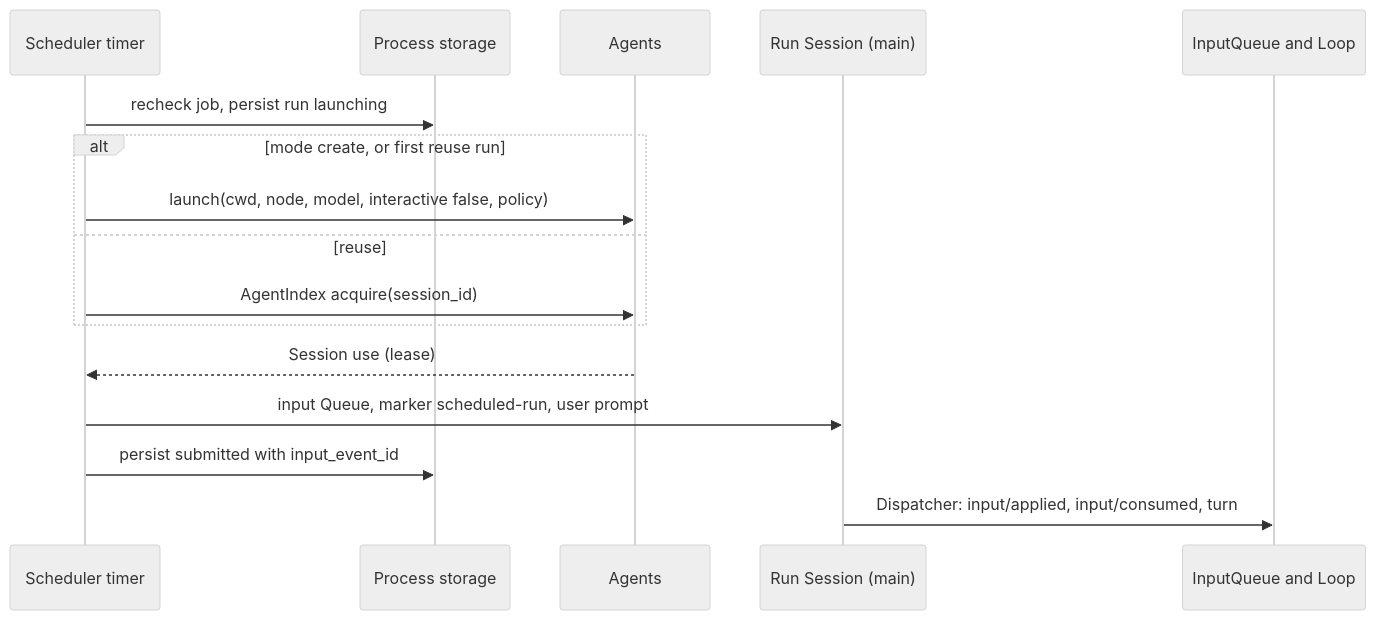
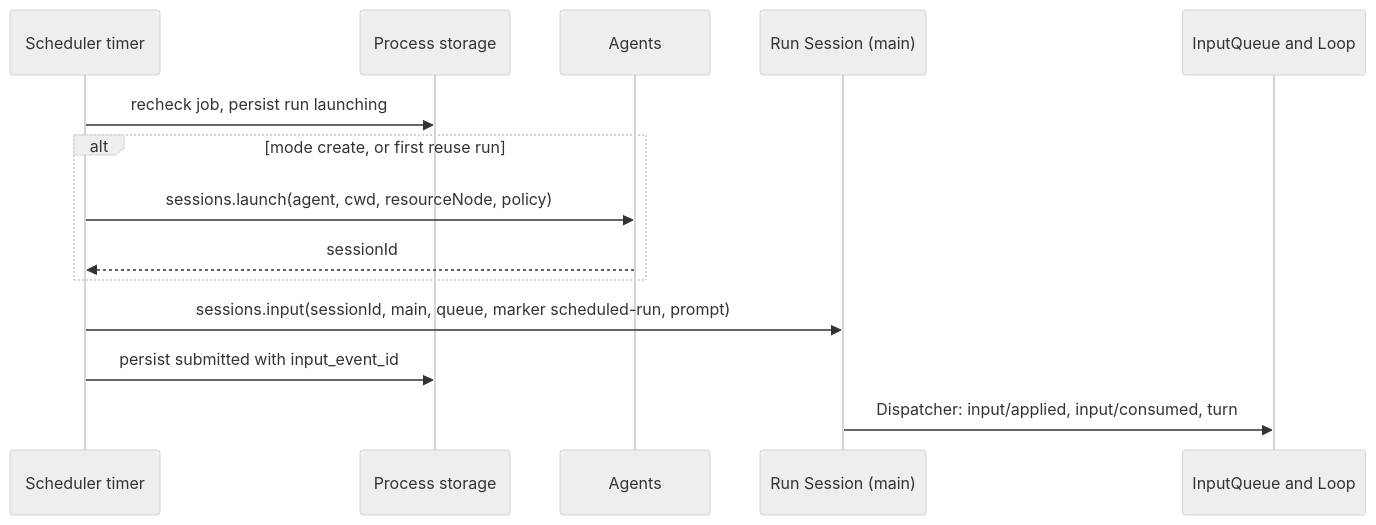
The third of 6 diagrams in docs/design/plugins/Scheduler.md (CoutinhoTTS/dim-agent), drawn with Mermaid (neutral theme) before and after one commit. The commit also changed other lines of this file and 3 other files, not shown here.

````diff
--- a/docs/design/plugins/Scheduler.md
+++ b/docs/design/plugins/Scheduler.md
@@ -84,18 +84,16 @@
 ```mermaid
 sequenceDiagram
   participant T as Scheduler timer
   participant ST as Process storage
   participant AG as Agents
   participant S as Run Session (main)
   participant IQ as InputQueue and Loop
   T->>ST: recheck job, persist run launching
   alt mode create, or first reuse run
-    T->>AG: launch(cwd, node, model, interactive false, policy)
-  else reuse
-    T->>AG: AgentIndex acquire(session_id)
+    T->>AG: sessions.launch(agent, cwd, resourceNode, policy)
+    AG-->>T: sessionId
   end
-  AG-->>T: Session use (lease)
-  T->>S: input Queue, marker scheduled-run, user prompt
+  T->>S: sessions.input(sessionId, main, queue, marker scheduled-run, prompt)
   T->>ST: persist submitted with input_event_id
   S->>IQ: Dispatcher: input/applied, input/consumed, turn
 ```
````
